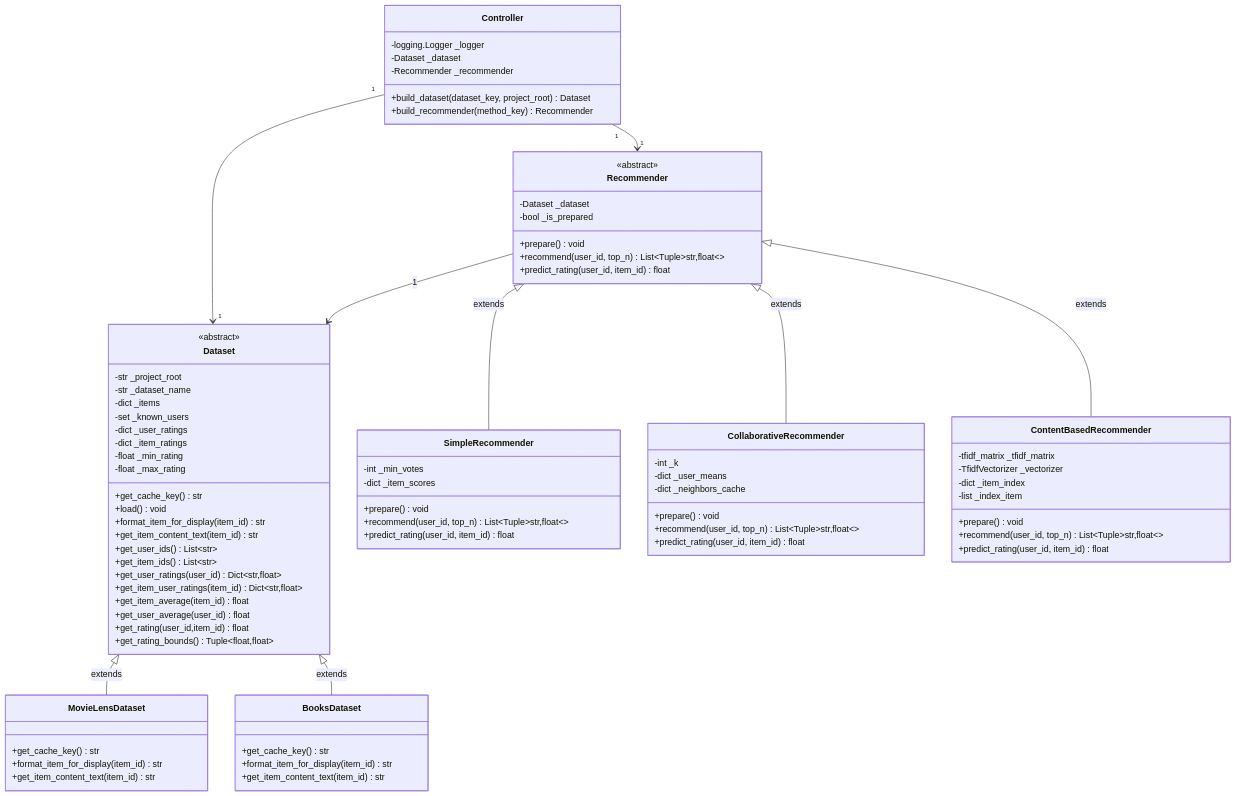
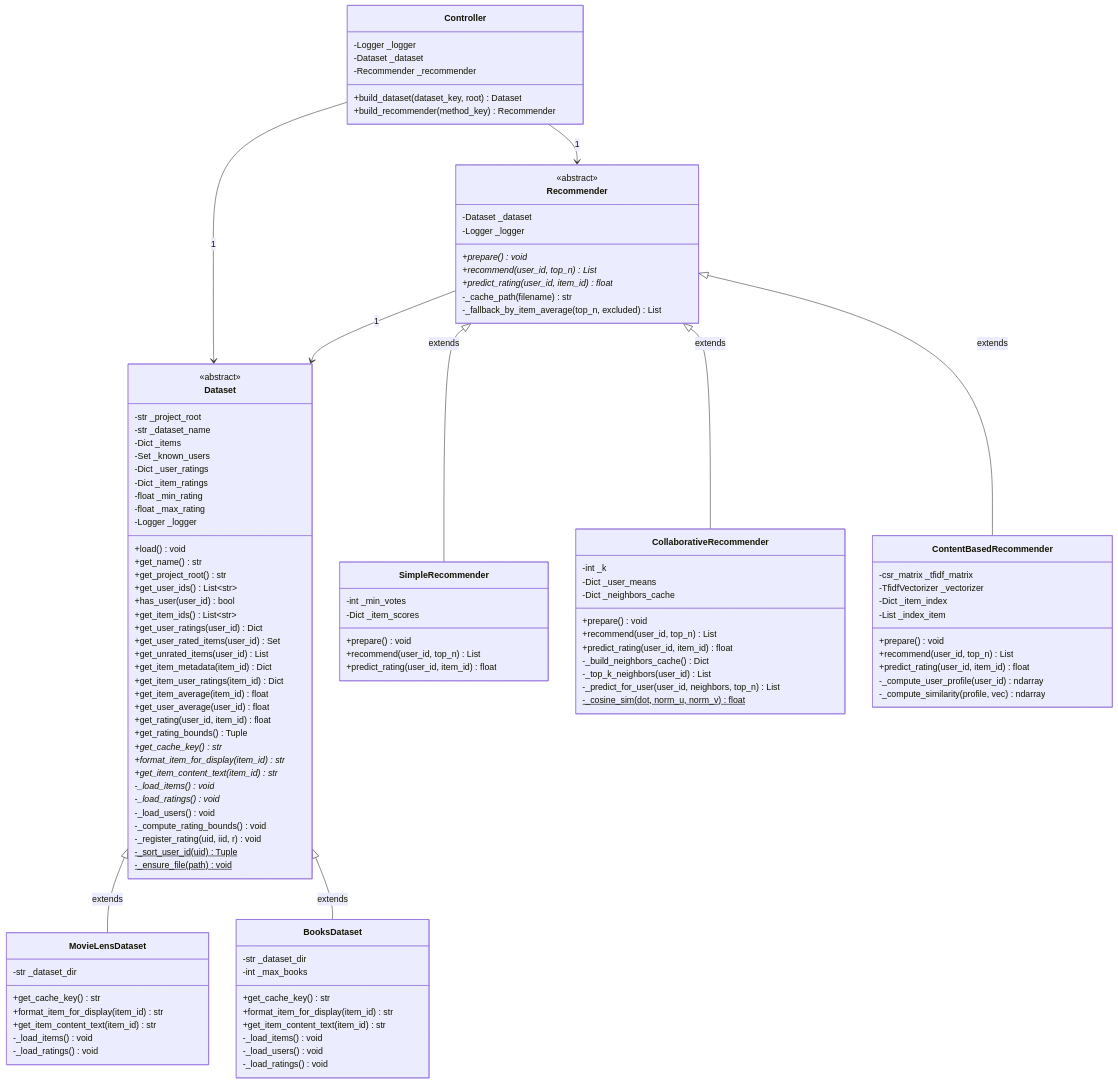
Before and after one commit to Braisfabrega/modular-recommender: the first of 7 diagrams in README.md, drawn with Mermaid. The commit also changed other lines of this file and 8 other files, not shown here.

````diff
--- a/README.md
+++ b/README.md
@@ -75,83 +446,105 @@
     <<abstract>>
     -str _project_root
     -str _dataset_name
-    -dict _items
-    -set _known_users
-    -dict _user_ratings
-    -dict _item_ratings
+    -Dict _items
+    -Set _known_users
+    -Dict _user_ratings
+    -Dict _item_ratings
     -float _min_rating
     -float _max_rating
-    +get_cache_key() str
+    -Logger _logger
     +load() void
-    +format_item_for_display(item_id) str
-    +get_item_content_text(item_id) str
+    +get_name() str
+    +get_project_root() str
     +get_user_ids() List~str~
+    +has_user(user_id) bool
     +get_item_ids() List~str~
-    +get_user_ratings(user_id) Dict~str,float~
-    +get_item_user_ratings(item_id) Dict~str,float~
+    +get_user_ratings(user_id) Dict
+    +get_user_rated_items(user_id) Set
+    +get_unrated_items(user_id) List
+    +get_item_metadata(item_id) Dict
+    +get_item_user_ratings(item_id) Dict
     +get_item_average(item_id) float
     +get_user_average(user_id) float
-    +get_rating(user_id,item_id) float
-    +get_rating_bounds() Tuple~float,float~
+    +get_rating(user_id, item_id) float
+    +get_rating_bounds() Tuple
+    +get_cache_key()* str
+    +format_item_for_display(item_id)* str
+    +get_item_content_text(item_id)* str
+    -_load_items()* void
+    -_load_ratings()* void
+    -_load_users() void
+    -_compute_rating_bounds() void
+    -_register_rating(uid, iid, r) void
+    -_sort_user_id(uid)$ Tuple
+    -_ensure_file(path)$ void
   }
 
   class MovieLensDataset {
+    -str _dataset_dir
     +get_cache_key() str
     +format_item_for_display(item_id) str
     +get_item_content_text(item_id) str
+    -_load_items() void
+    -_load_ratings() void
   }
 
   class BooksDataset {
+    -str _dataset_dir
+    -int _max_books
     +get_cache_key() str
     +format_item_for_display(item_id) str
     +get_item_content_text(item_id) str
+    -_load_items() void
+    -_load_users() void
+    -_load_ratings() void
   }
 
   Dataset <|-- MovieLensDataset : extends
   Dataset <|-- BooksDataset : extends
 
-  class Controller {
-    -logging.Logger _logger
-    -Dataset _dataset
-    -Recommender _recommender
-    +build_dataset(dataset_key, project_root) Dataset
-    +build_recommender(method_key) Recommender
-  }
-
   class Recommender {
     <<abstract>>
     -Dataset _dataset
-    -bool _is_prepared
-    +prepare() void
-    +recommend(user_id, top_n) List~Tuple~str,float~~
-    +predict_rating(user_id, item_id) float
+    -Logger _logger
+    +prepare()* void
+    +recommend(user_id, top_n)* List
+    +predict_rating(user_id, item_id)* float
+    -_cache_path(filename) str
+    -_fallback_by_item_average(top_n, excluded) List
   }
 
   class SimpleRecommender {
     -int _min_votes
-    -dict _item_scores
+    -Dict _item_scores
     +prepare() void
-    +recommend(user_id, top_n) List~Tuple~str,float~~
+    +recommend(user_id, top_n) List
     +predict_rating(user_id, item_id) float
   }
 
   class CollaborativeRecommender {
     -int _k
-    -dict _user_means
-    -dict _neighbors_cache
+    -Dict _user_means
+    -Dict _neighbors_cache
     +prepare() void
-    +recommend(user_id, top_n) List~Tuple~str,float~~
+    +recommend(user_id, top_n) List
     +predict_rating(user_id, item_id) float
+    -_build_neighbors_cache() Dict
+    -_top_k_neighbors(user_id) List
+    -_predict_for_user(user_id, neighbors, top_n) List
+    -_cosine_sim(dot, norm_u, norm_v)$ float
   }
 
   class ContentBasedRecommender {
-    -tfidf_matrix _tfidf_matrix
+    -csr_matrix _tfidf_matrix
     -TfidfVectorizer _vectorizer
-    -dict _item_index
-    -list _index_item
+    -Dict _item_index
+    -List _index_item
     +prepare() void
-    +recommend(user_id, top_n) List~Tuple~str,float~~
+    +recommend(user_id, top_n) List
     +predict_rating(user_id, item_id) float
+    -_compute_user_profile(user_id) ndarray
+    -_compute_similarity(profile, vec) ndarray
   }
 
   Recommender <|-- SimpleRecommender : extends
@@ -159,6 +552,14 @@
   Recommender <|-- ContentBasedRecommender : extends
 
   Recommender --> Dataset : 1
-  Controller "1" --> "1" Dataset
-  Controller "1" --> "1" Recommender
+  Controller --> Dataset : 1
+  Controller --> Recommender : 1
+
+  class Controller {
+    -Logger _logger
+    -Dataset _dataset
+    -Recommender _recommender
+    +build_dataset(dataset_key, root) Dataset
+    +build_recommender(method_key) Recommender
+  }
 ```
````
